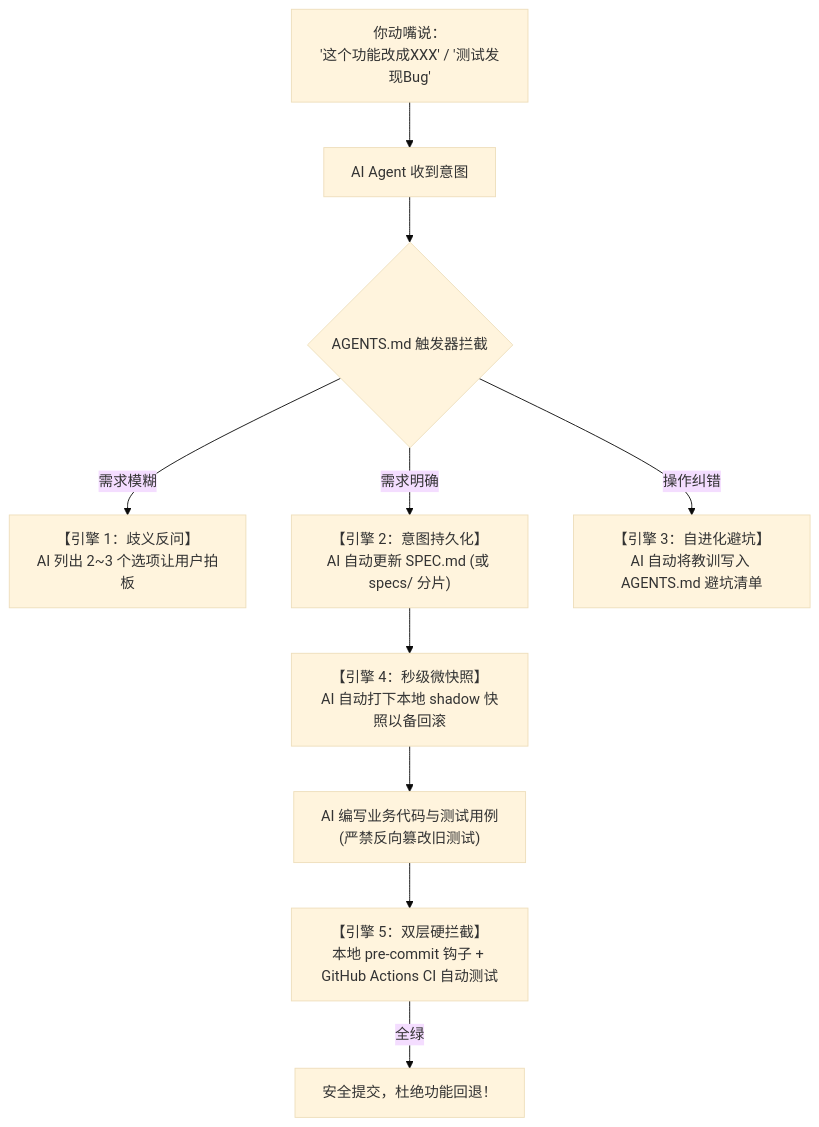
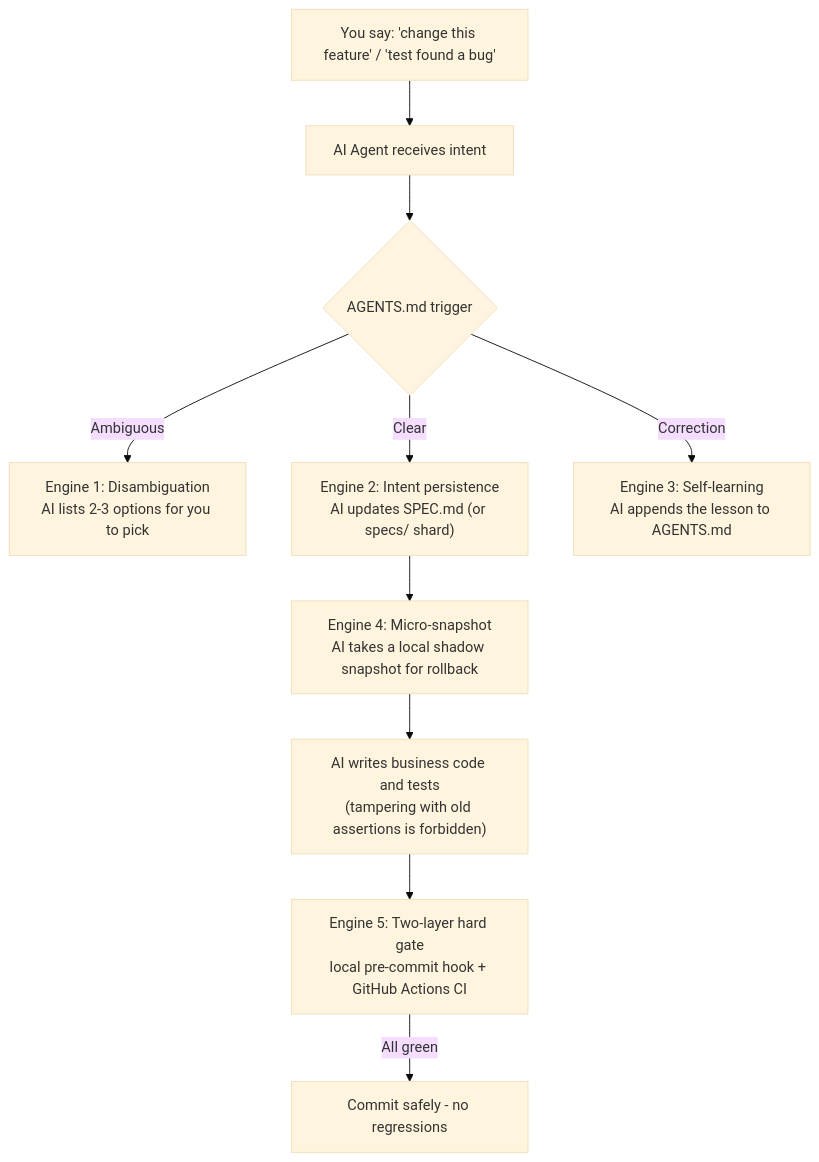
One commit to liuchangchxy/vibe-coding-starter changed the diagram in README.md. Above: the diagram before and after it, drawn with Mermaid (base theme). The commit also changed other lines of this file and 64 other files, not shown here.

````diff
--- a/README.md
+++ b/README.md
@@ -31,12 +36,12 @@
 ```mermaid
 flowchart TD
-    User["你动嘴说：<br/>'这个功能改成XXX' / '测试发现Bug'"] --> Agent[AI Agent 收到意图]
-    Agent --> Check{"AGENTS.md 触发器拦截"}
-    Check -->|需求模糊| Ask["【引擎 1：歧义反问】<br/>AI 列出 2~3 个选项让用户拍板"]
-    Check -->|需求明确| AutoSpec["【引擎 2：意图持久化】<br/>AI 自动更新 SPEC.md (或 specs/ 分片)"]
-    Check -->|操作纠错| AutoLearn["【引擎 3：自进化避坑】<br/>AI 自动将教训写入 AGENTS.md 避坑清单"]
-    AutoSpec --> Snap["【引擎 4：秒级微快照】<br/>AI 自动打下本地 shadow 快照以备回滚"]
-    Snap --> AutoCode["AI 编写业务代码与测试用例<br/>(严禁反向篡改旧测试)"]
-    AutoCode --> TestRun["【引擎 5：双层硬拦截】<br/>本地 pre-commit 钩子 + GitHub Actions CI 自动测试"]
-    TestRun -->|全绿| Push["安全提交，杜绝功能回退！"]
+    User["You say: 'change this feature' / 'test found a bug'"] --> Agent[AI Agent receives intent]
+    Agent --> Check{"AGENTS.md trigger"}
+    Check -->|Ambiguous| Ask["Engine 1: Disambiguation<br/>AI lists 2-3 options for you to pick"]
+    Check -->|Clear| AutoSpec["Engine 2: Intent persistence<br/>AI updates SPEC.md (or specs/ shard)"]
+    Check -->|Correction| AutoLearn["Engine 3: Self-learning<br/>AI appends the lesson to AGENTS.md"]
+    AutoSpec --> Snap["Engine 4: Micro-snapshot<br/>AI takes a local shadow snapshot for rollback"]
+    Snap --> AutoCode["AI writes business code and tests<br/>(tampering with old assertions is forbidden)"]
+    AutoCode --> TestRun["Engine 5: Two-layer hard gate<br/>local pre-commit hook + GitHub Actions CI"]
+    TestRun -->|All green| Push["Commit safely - no regressions"]
 ```
````
